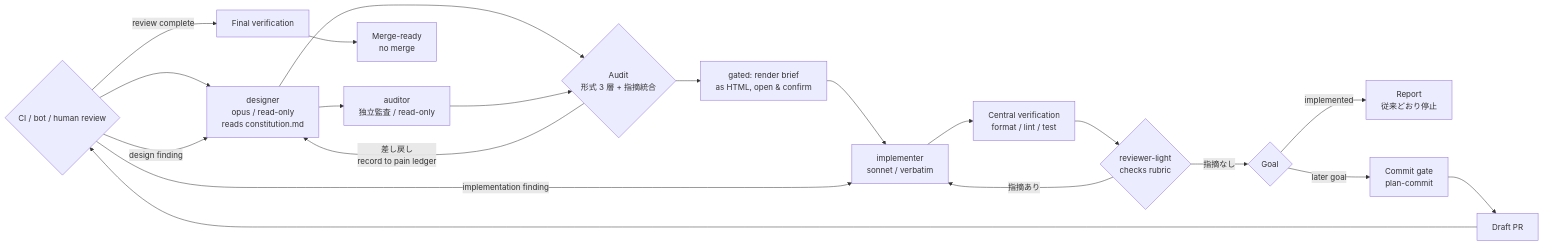
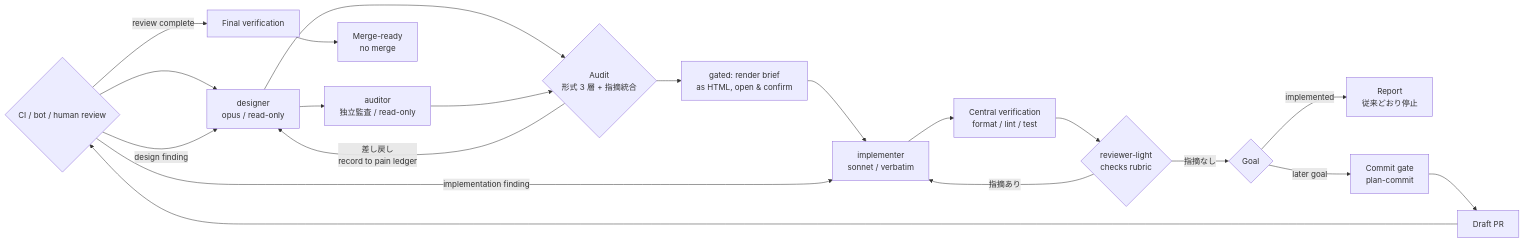
The diagram in README.md (kaionn/draftsmith), drawn with Mermaid before and after one commit. The commit also changed other lines of this file and 32 other files, not shown here.

````diff
--- a/README.md
+++ b/README.md
@@ -8,22 +8,22 @@
 ```mermaid
 flowchart LR
-    R[Requirements<br/>要件正規化] --> D[designer<br/>opus / read-only<br/>reads constitution.md]
+    R[Requirements<br/>要件正規化] --> D[designer<br/>opus / read-only]
     D --> AU[auditor<br/>独立監査 / read-only]
     D --> A{Audit<br/>形式 3 層 + 指摘統合}
     AU --> A
     A -- 差し戻し<br/>record to pain ledger --> D
     A --> G[gated: render brief<br/>as HTML, open & confirm]
     G --> I[implementer<br/>sonnet / verbatim]
     I --> V[Central verification<br/>format / lint / test]
     V --> L{reviewer-light<br/>checks rubric}
     L -- 指摘あり --> I
     L -- 指摘なし --> F{Goal}
     F -- implemented --> STOP[Report<br/>従来どおり停止]
     F -- later goal --> C[Commit gate<br/>plan-commit]
     C --> P[Draft PR]
     P --> R{CI / bot / human review}
     R -- implementation finding --> I
     R -- design finding --> D
     R -- review complete --> FV[Final verification]
     FV --> MR[Merge-ready<br/>no merge]
 ```
````
